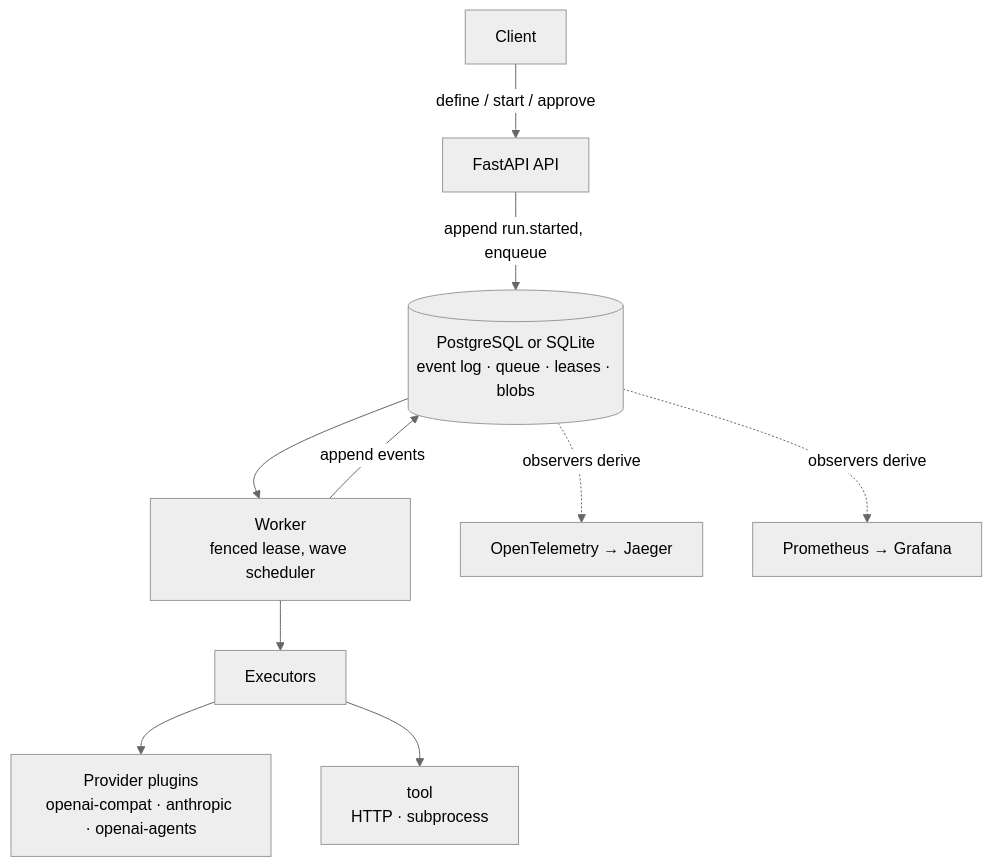
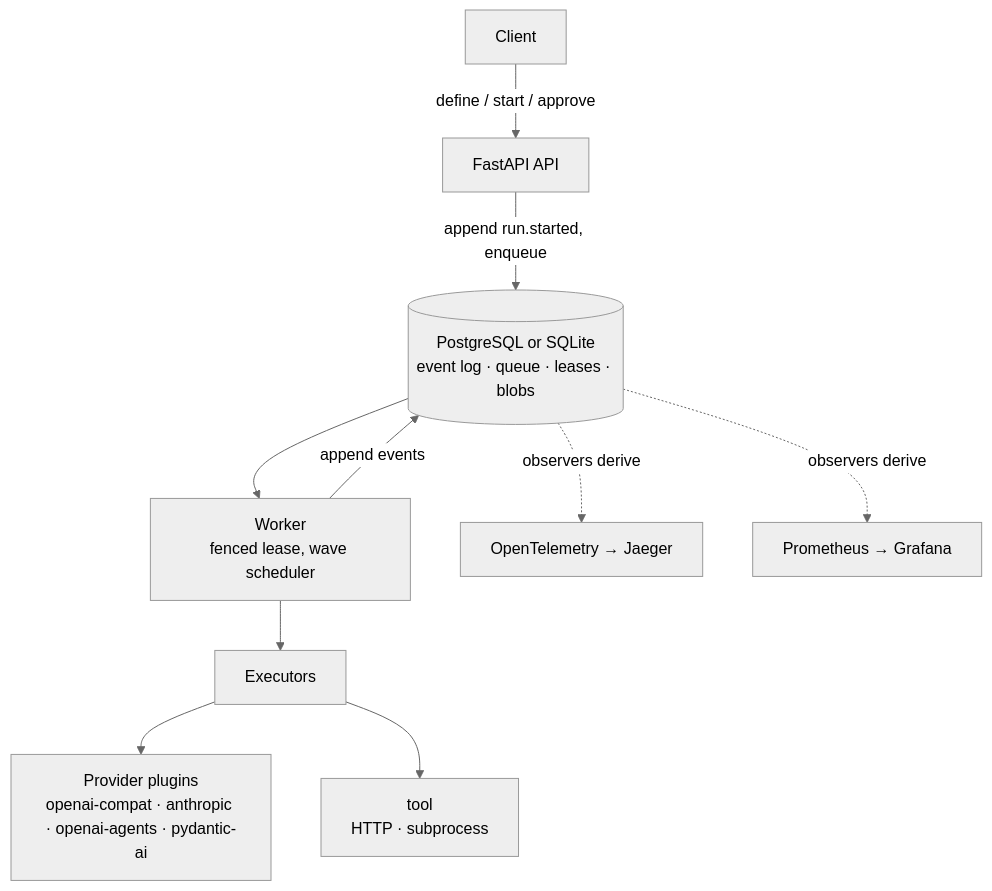
The diagram in README.md (AmitSinghOM/AgentOS), drawn with Mermaid (neutral theme) before and after one commit. The commit also changed 24 other files, not shown here.

````diff
--- a/README.md
+++ b/README.md
@@ -41,12 +41,12 @@
 ```mermaid
 flowchart TD
     C[Client] -->|define / start / approve| API[FastAPI API]
     API -->|append run.started, enqueue| PG[(PostgreSQL or SQLite<br/>event log · queue · leases · blobs)]
     PG --> W[Worker<br/>fenced lease, wave scheduler]
     W --> EXEC[Executors]
-    EXEC --> PROV[Provider plugins<br/>openai-compat · anthropic · openai-agents]
+    EXEC --> PROV[Provider plugins<br/>openai-compat · anthropic · openai-agents · pydantic-ai]
     EXEC --> TOOL[tool<br/>HTTP · subprocess]
     W -->|append events| PG
     PG -.observers derive.-> OTEL[OpenTelemetry → Jaeger]
     PG -.observers derive.-> PROM[Prometheus → Grafana]
 ```
````
